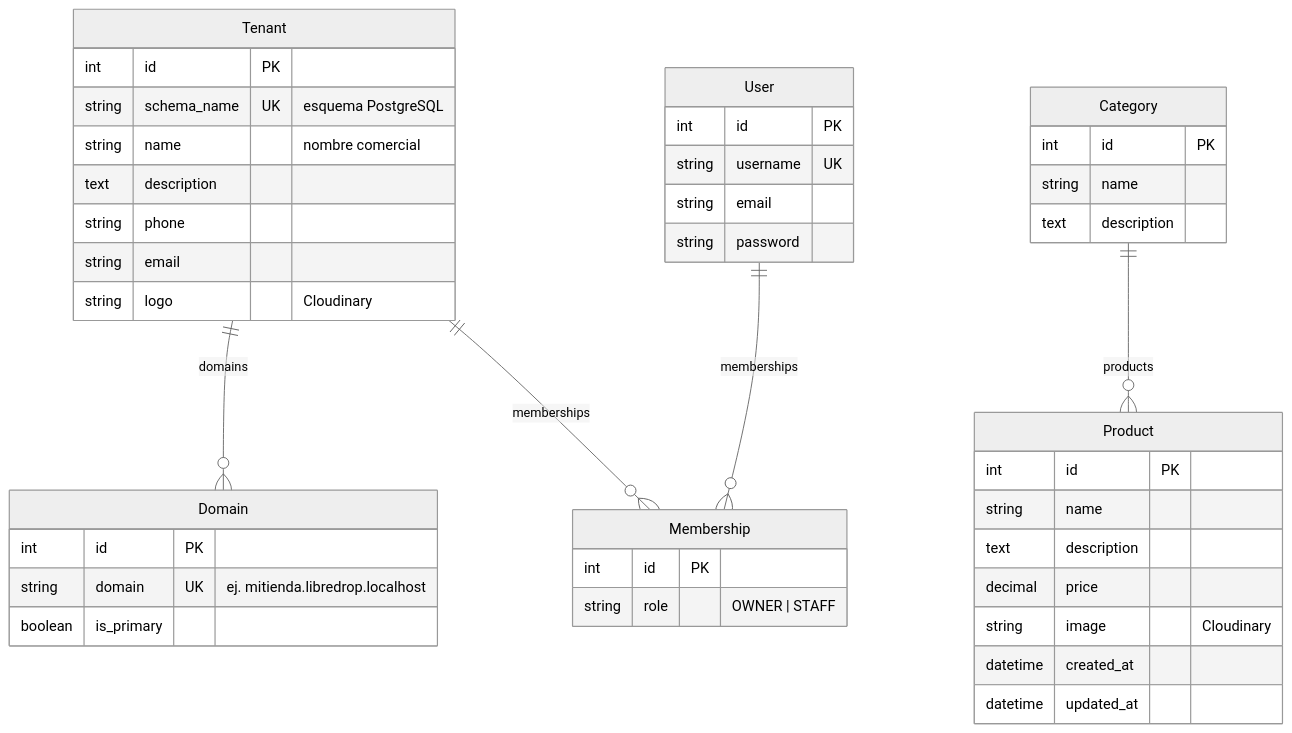
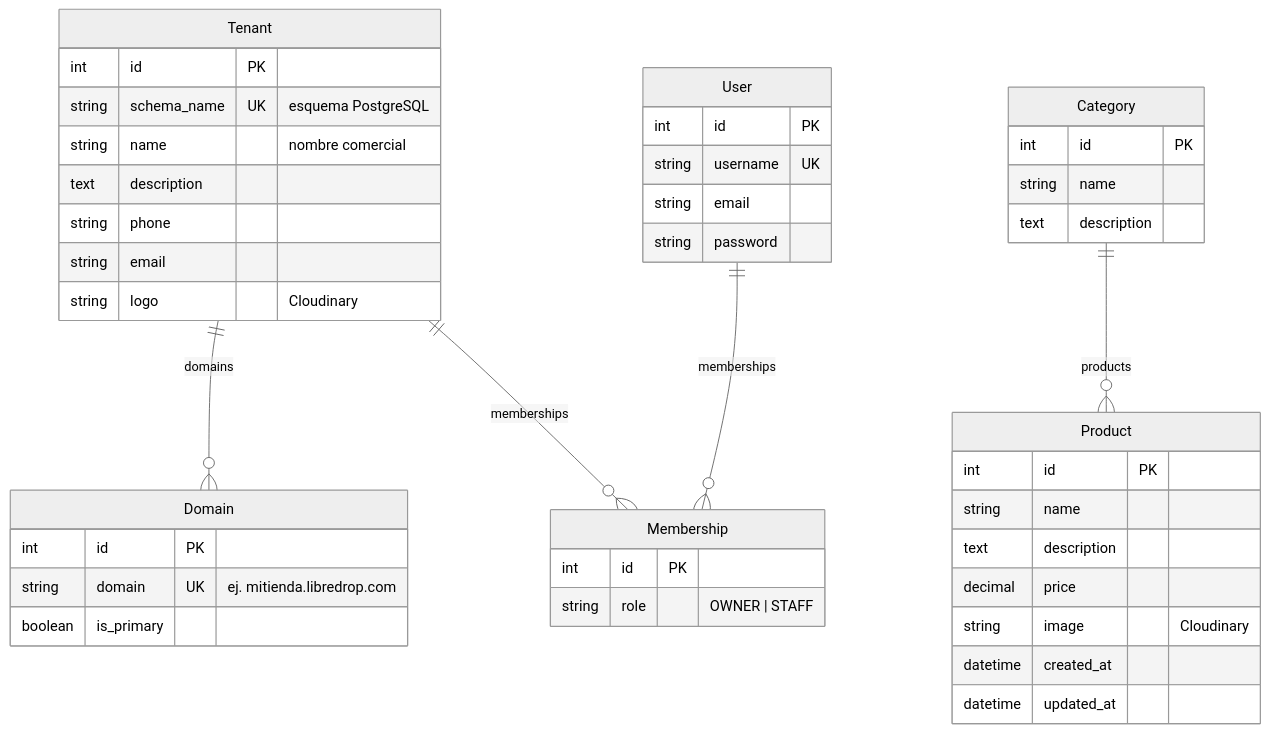
One commit to LibreLabs502/LibreDrop changed the diagram in README.md. Above: the diagram before and after it, drawn with Mermaid (neutral theme). The commit also changed other lines of this file and 8 other files, not shown here.

Commit message:
feat: use libredrop.com domains, add StoreView, and cloudinary url serializers

````diff
--- a/README.md
+++ b/README.md
@@ -102,46 +110,46 @@
 ```mermaid
 erDiagram
     Tenant ||--o{ Domain : "domains"
     Tenant ||--o{ Membership : "memberships"
     User ||--o{ Membership : "memberships"
     Category ||--o{ Product : "products"
 
     Tenant {
         int id PK
         string schema_name UK "esquema PostgreSQL"
         string name "nombre comercial"
         text description
         string phone
         string email
         string logo "Cloudinary"
     }
     Domain {
         int id PK
-        string domain UK "ej. mitienda.libredrop.localhost"
+        string domain UK "ej. mitienda.libredrop.com"
         boolean is_primary
     }
     Membership {
         int id PK
         string role "OWNER | STAFF"
     }
     User {
         int id PK
         string username UK
         string email
         string password
     }
     Category {
         int id PK
         string name
         text description
     }
     Product {
         int id PK
         string name
         text description
         decimal price
         string image "Cloudinary"
         datetime created_at
         datetime updated_at
     }
 ```
````
